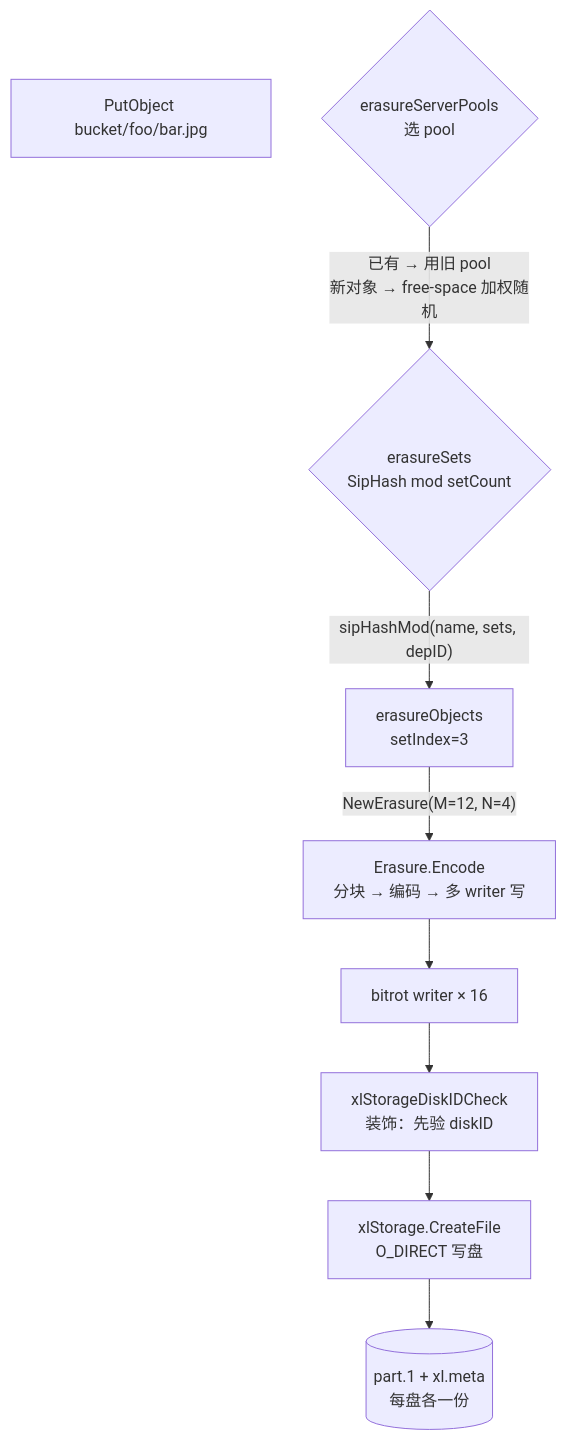
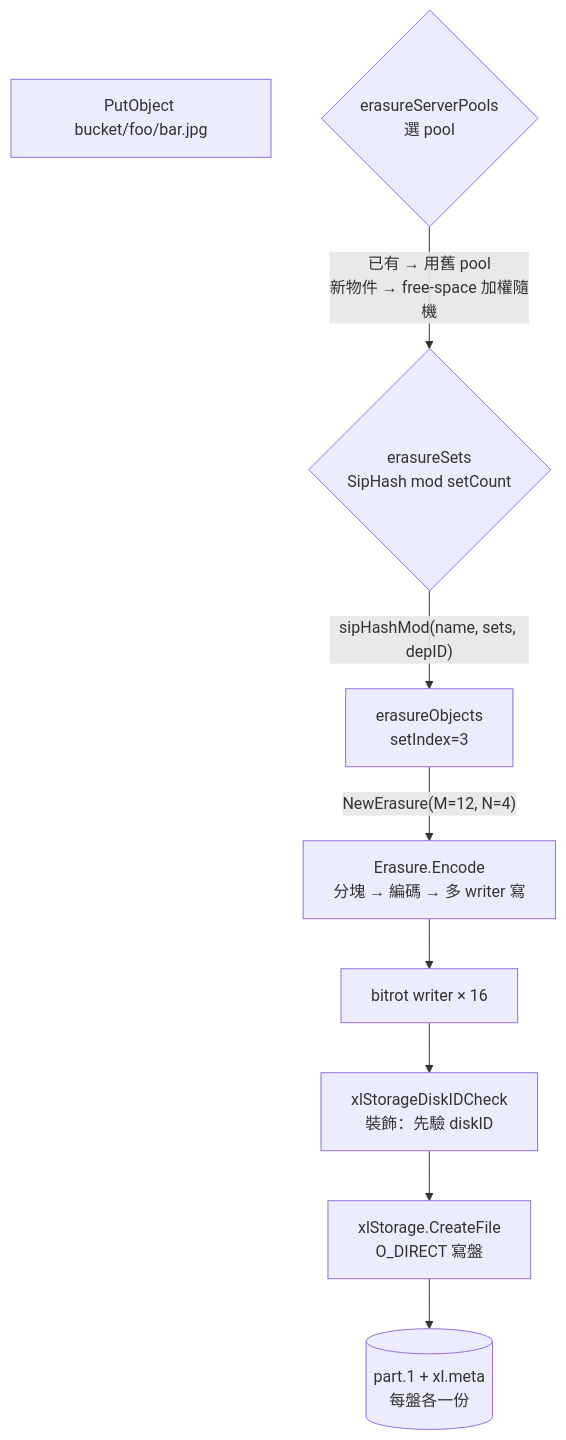
Before and after one commit to cysu01/minio: the second of 8 diagrams in repo-analysis/drafts/06-module-storage-erasure.md, drawn with Mermaid. The commit also changed other lines of this file and 14 other files, not shown here.

````diff
--- a/repo-analysis/drafts/06-module-storage-erasure.md
+++ b/repo-analysis/drafts/06-module-storage-erasure.md
@@ -126,13 +126,13 @@
 ```mermaid
 flowchart TD
     A[PutObject bucket/foo/bar.jpg]
-    B{erasureServerPools<br/>选 pool}
-    B -->|"已有 → 用旧 pool<br/>新对象 → free-space 加权随机"| C
+    B{erasureServerPools<br/>選 pool}
+    B -->|"已有 → 用舊 pool<br/>新物件 → free-space 加權隨機"| C
     C{erasureSets<br/>SipHash mod setCount}
     C -->|"sipHashMod(name, sets, depID)"| D[erasureObjects<br/>setIndex=3]
-    D -->|"NewErasure(M=12, N=4)"| E[Erasure.Encode<br/>分块 → 编码 → 多 writer 写]
+    D -->|"NewErasure(M=12, N=4)"| E[Erasure.Encode<br/>分塊 → 編碼 → 多 writer 寫]
     E --> F[bitrot writer × 16]
-    F --> G[xlStorageDiskIDCheck<br/>装饰：先验 diskID]
-    G --> H[xlStorage.CreateFile<br/>O_DIRECT 写盘]
-    H --> I[(part.1 + xl.meta<br/>每盘各一份)]
+    F --> G[xlStorageDiskIDCheck<br/>裝飾：先驗 diskID]
+    G --> H[xlStorage.CreateFile<br/>O_DIRECT 寫盤]
+    H --> I[(part.1 + xl.meta<br/>每盤各一份)]
 ```
````
